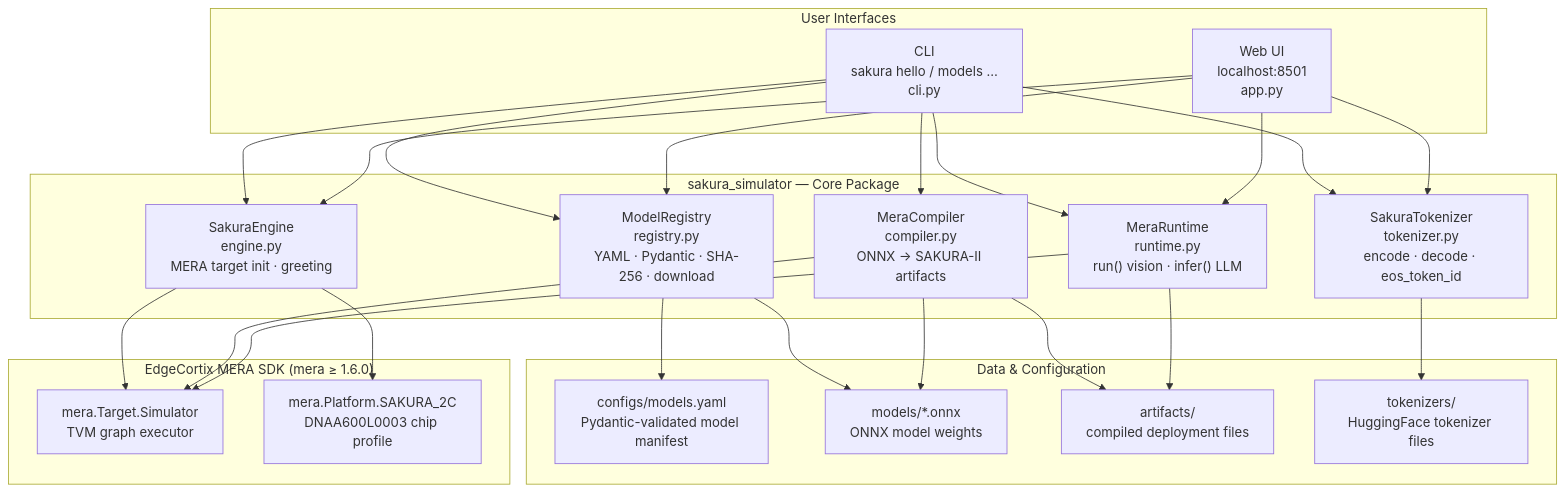
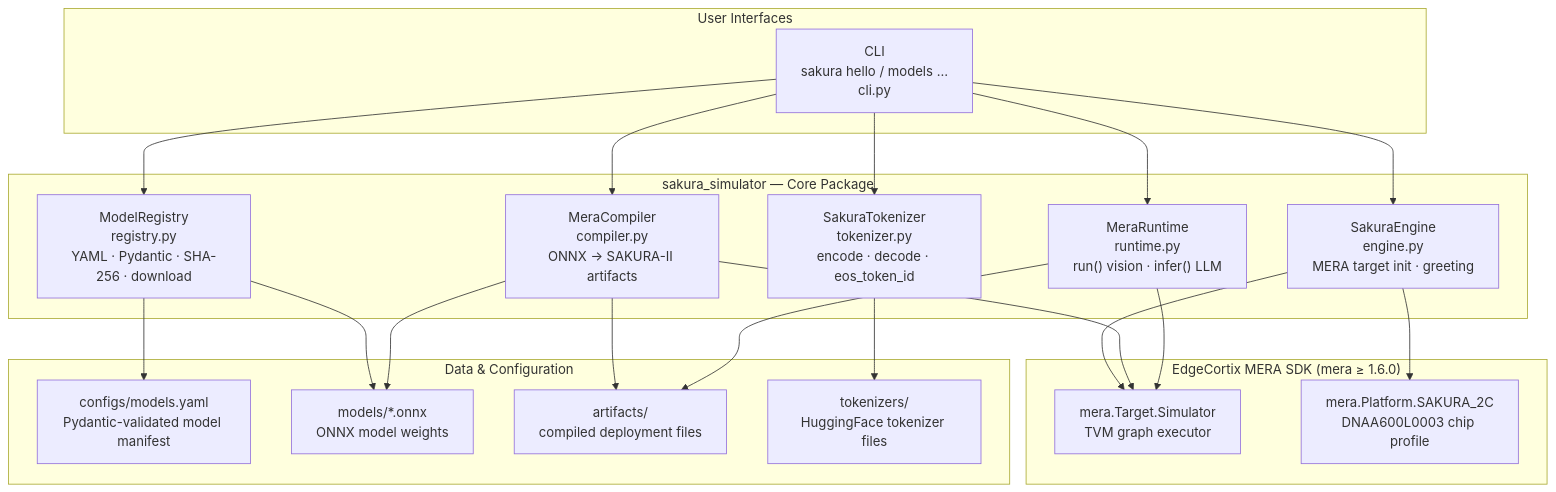
One commit to macaris64/mera-sakura-simulator changed the diagram in README.md. Above: the diagram before and after it, drawn with Mermaid. The commit also changed other lines of this file and 8 other files, not shown here.

````diff
--- a/README.md
+++ b/README.md
@@ -29,49 +28,44 @@
 ```mermaid
 flowchart TD
     subgraph UI["User Interfaces"]
         CLI["CLI\nsakura hello / models …\ncli.py"]
-        WEB["Web UI\nlocalhost:8501\napp.py"]
     end
 
     subgraph Core["sakura_simulator — Core Package"]
         ENG["SakuraEngine\nengine.py\nMERA target init · greeting"]
         REG["ModelRegistry\nregistry.py\nYAML · Pydantic · SHA-256 · download"]
         COMP["MeraCompiler\ncompiler.py\nONNX → SAKURA-II artifacts"]
         RT["MeraRuntime\nruntime.py\nrun() vision · infer() LLM"]
         TOK["SakuraTokenizer\ntokenizer.py\nencode · decode · eos_token_id"]
     end
 
     subgraph Data["Data & Configuration"]
         YAML["configs/models.yaml\nPydantic-validated model manifest"]
         MODELS["models/*.onnx\nONNX model weights"]
         ARTS["artifacts/\ncompiled deployment files"]
         TOKS["tokenizers/\nHuggingFace tokenizer files"]
     end
 
     subgraph SDK["EdgeCortix MERA SDK  (mera ≥ 1.6.0)"]
         SIM["mera.Target.Simulator\nTVM graph executor"]
         PLT["mera.Platform.SAKURA_2C\nDNAA600L0003 chip profile"]
     end
 
     CLI --> ENG
     CLI --> REG
     CLI --> COMP
     CLI --> RT
     CLI --> TOK
-    WEB --> ENG
-    WEB --> REG
-    WEB --> RT
-    WEB --> TOK
 
     ENG --> SIM
     ENG --> PLT
     COMP --> SIM
     RT --> SIM
 
     REG --> YAML
     REG --> MODELS
     COMP --> MODELS
     COMP --> ARTS
     RT --> ARTS
     TOK --> TOKS
 ```
````
